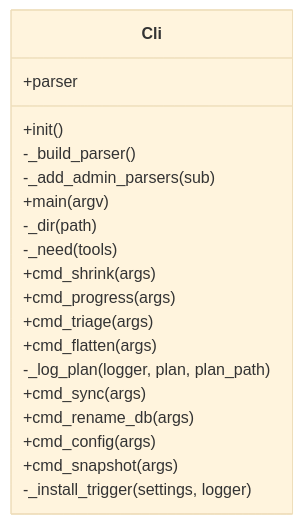
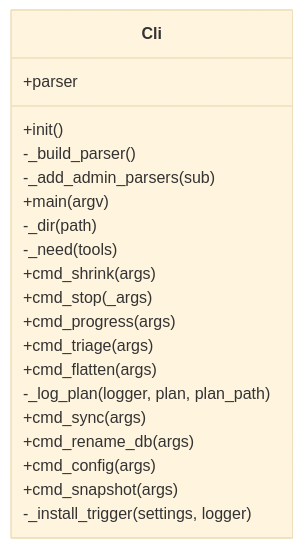
One commit to peddanet/mediatools changed the diagram in docs/img/uml_cli.mmd. Above: the diagram before and after it, drawn with Mermaid (base theme). The commit also changed 15 other files, not shown here.

```diff
--- a/docs/img/uml_cli.mmd
+++ b/docs/img/uml_cli.mmd
@@ -1,21 +1,22 @@
 classDiagram
   direction LR
   class Cli {
     +parser
     +init()
     -_build_parser()
     -_add_admin_parsers(sub)
     +main(argv)
     -_dir(path)
     -_need(tools)
     +cmd_shrink(args)
+    +cmd_stop(_args)
     +cmd_progress(args)
     +cmd_triage(args)
     +cmd_flatten(args)
     -_log_plan(logger, plan, plan_path)
     +cmd_sync(args)
     +cmd_rename_db(args)
     +cmd_config(args)
     +cmd_snapshot(args)
     -_install_trigger(settings, logger)
   }
```
